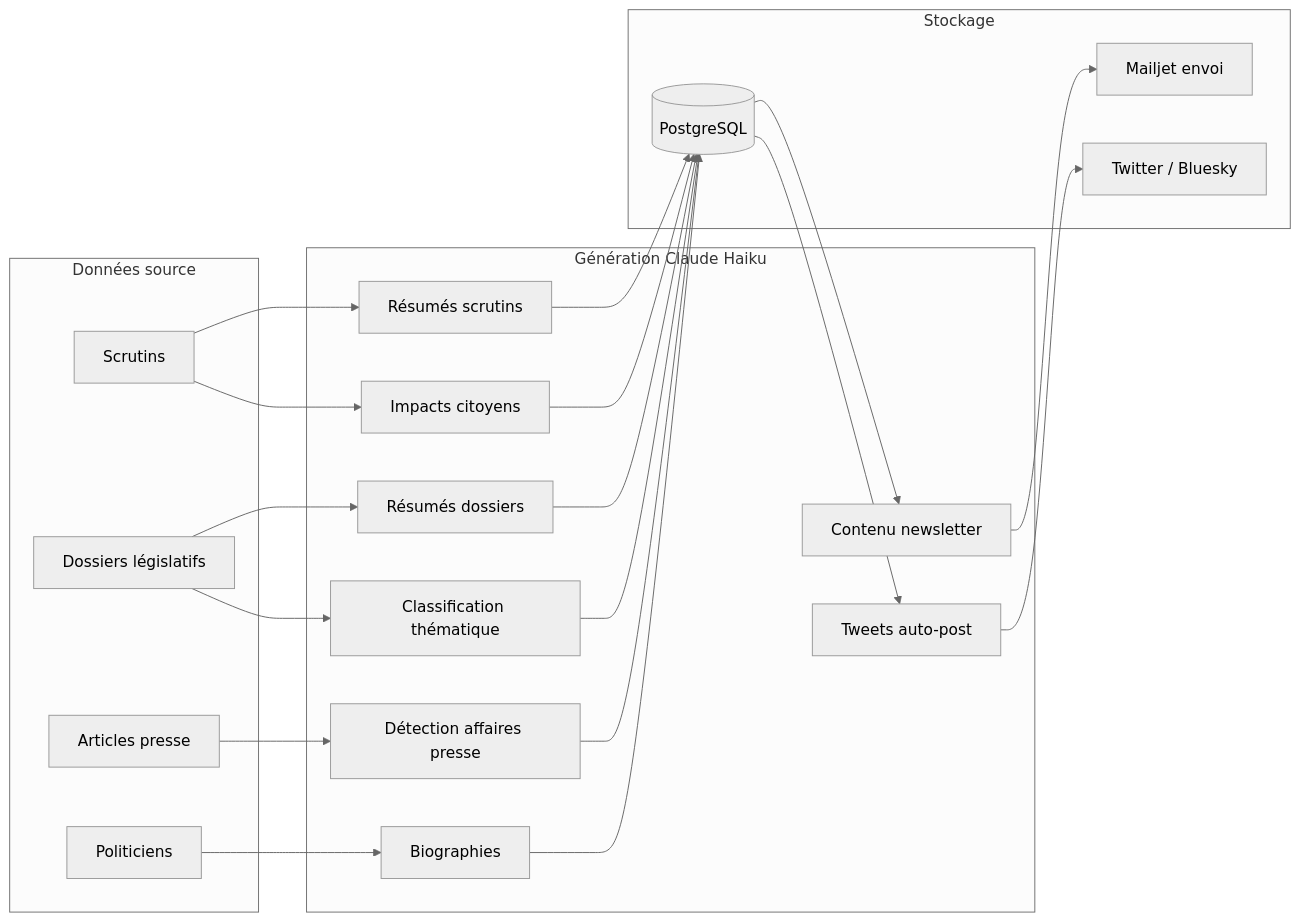
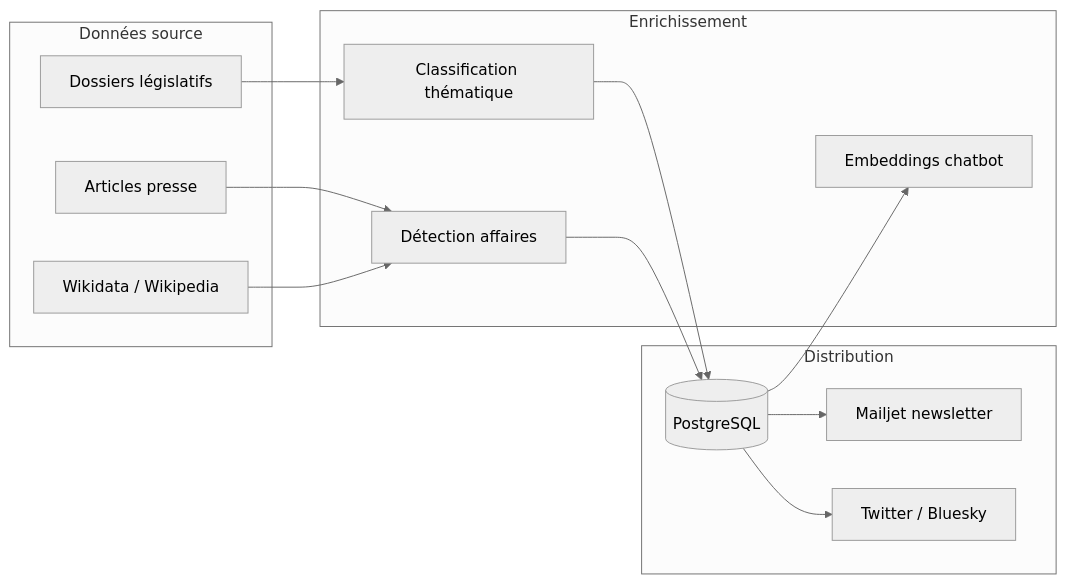
The fourth of 6 diagrams in docs/ARCHITECTURE.md (DidiLJ/poligraph), drawn with Mermaid (neutral theme) before and after one commit. The commit also changed other lines of this file and 2 other files, not shown here.

First line of the commit message:
docs: update ARCHITECTURE and DATASOURCES documentation

````diff
--- a/docs/ARCHITECTURE.md
+++ b/docs/ARCHITECTURE.md
@@ -224,35 +222,27 @@
 ```mermaid
 graph LR
     subgraph Données source
-        SC[Scrutins]
         DL[Dossiers législatifs]
         PR[Articles presse]
-        PO[Politiciens]
+        WD[Wikidata / Wikipedia]
     end
 
-    subgraph Génération Claude Haiku
-        SUM[Résumés scrutins]
-        IMP[Impacts citoyens]
-        BIO[Biographies]
+    subgraph Enrichissement
         THM[Classification thématique]
-        AFF[Détection affaires presse]
-        DSM[Résumés dossiers]
-        NWS[Contenu newsletter]
-        TWE[Tweets auto-post]
+        AFF[Détection affaires]
+        EMB[Embeddings chatbot]
     end
 
-    subgraph Stockage
+    subgraph Distribution
         DB[(PostgreSQL)]
-        MJ[Mailjet envoi]
+        MJ[Mailjet newsletter]
         TW[Twitter / Bluesky]
     end
 
-    SC --> SUM --> DB
-    SC --> IMP --> DB
-    DL --> DSM --> DB
     DL --> THM --> DB
     PR --> AFF --> DB
-    PO --> BIO --> DB
-    DB --> NWS --> MJ
-    DB --> TWE --> TW
+    WD --> AFF
+    DB --> EMB
+    DB --> MJ
+    DB --> TW
 ```
````
